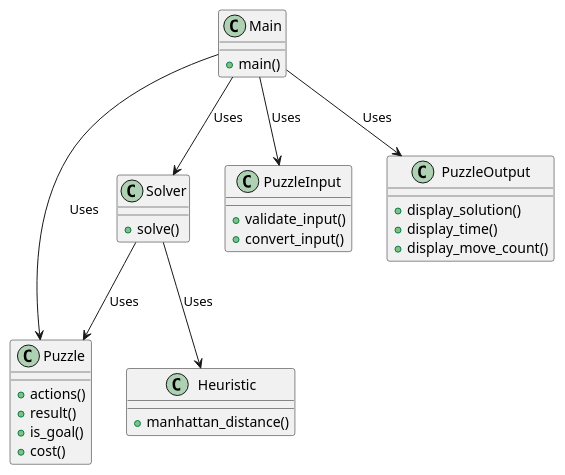
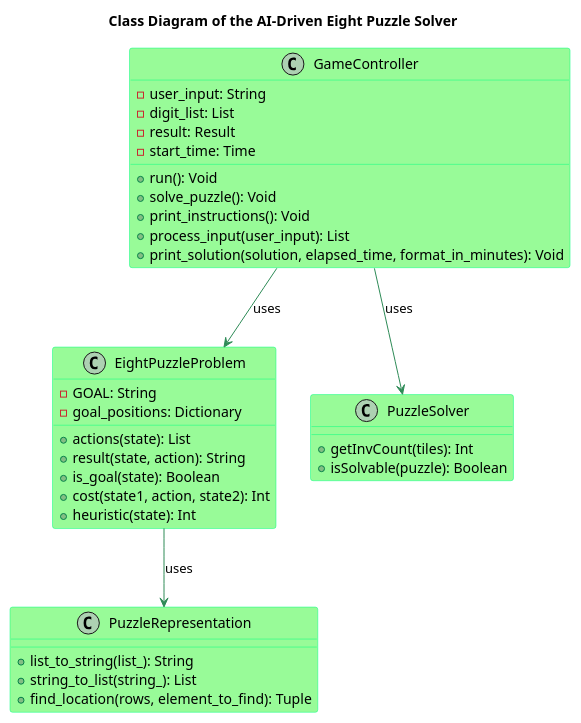
One commit to sminerport/eight-puzzle-solver changed the diagram in uml/src/class.puml. Above: the diagram before and after it, drawn with PlantUML. The commit also changed 6 other files, not shown here.

Commit message:
update uml

```diff
--- a/uml/src/class.puml
+++ b/uml/src/class.puml
@@ -1,40 +1,48 @@
-@startuml 8PuzzleClassDiagram
+@startuml ClassDiagram
 
-class Main {
-    + main()
+title "Class Diagram of the AI-Driven Eight Puzzle Solver"
+
+skinparam class {
+    BackgroundColor PaleGreen
+    ArrowColor SeaGreen
+    BorderColor SpringGreen
 }
 
-class Puzzle {
-    + actions()
-    + result()
-    + is_goal()
-    + cost()
+class GameController {
+  -user_input: String
+  -digit_list: List
+  -result: Result
+  -start_time: Time
+  +run(): Void
+  +solve_puzzle(): Void
+  +print_instructions(): Void
+  +process_input(user_input): List
+  +print_solution(solution, elapsed_time, format_in_minutes): Void
 }
 
-class Solver {
-    + solve()
+class EightPuzzleProblem {
+  -GOAL: String
+  -goal_positions: Dictionary
+  +actions(state): List
+  +result(state, action): String
+  +is_goal(state): Boolean
+  +cost(state1, action, state2): Int
+  +heuristic(state): Int
 }
 
-class Heuristic {
-    + manhattan_distance()
+class PuzzleRepresentation {
+  +list_to_string(list_): String
+  +string_to_list(string_): List
+  +find_location(rows, element_to_find): Tuple
 }
 
-class PuzzleInput {
-    + validate_input()
-    + convert_input()
+class PuzzleSolver {
+  +getInvCount(tiles): Int
+  +isSolvable(puzzle): Boolean
 }
 
-class PuzzleOutput {
-    + display_solution()
-    + display_time()
-    + display_move_count()
-}
-
-Main --> Puzzle : Uses
-Main --> Solver : Uses
-Main --> PuzzleInput : Uses
-Main --> PuzzleOutput : Uses
-Solver --> Puzzle : Uses
-Solver --> Heuristic : Uses
+GameController --> EightPuzzleProblem: uses
+GameController --> PuzzleSolver: uses
+EightPuzzleProblem --> PuzzleRepresentation: uses
 
 @enduml
```
